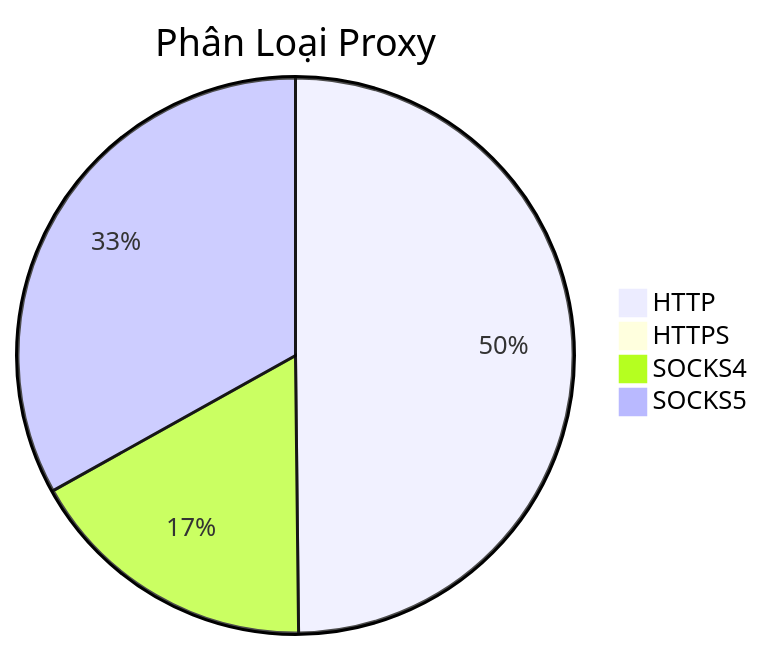
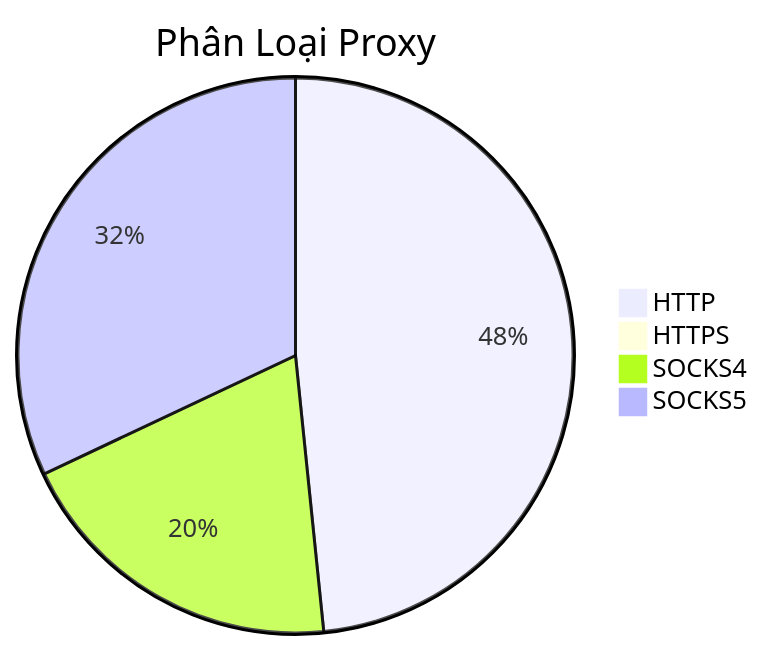
Before and after one commit to Ciara-12/PROXY-free: the diagram in README.md, drawn with Mermaid. The commit also changed other lines of this file and 4 other files, not shown here.

````diff
--- a/README.md
+++ b/README.md
@@ -26,7 +26,7 @@
 ```mermaid
 pie title Phân Loại Proxy
-    "HTTP" : 843
-    "HTTPS" : 0
-    "SOCKS4" : 289
-    "SOCKS5" : 560
+    "HTTP" : 804
+    "HTTPS" : 1
+    "SOCKS4" : 326
+    "SOCKS5" : 532
 ```
````
